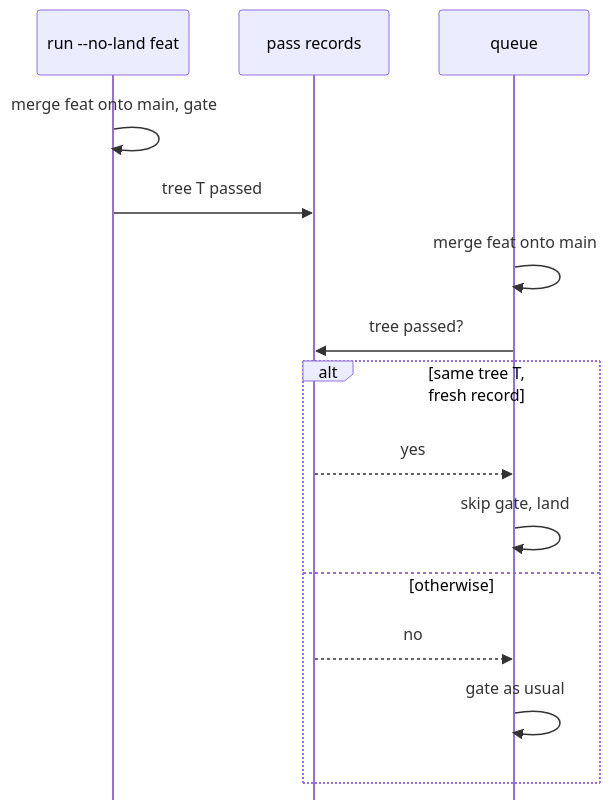
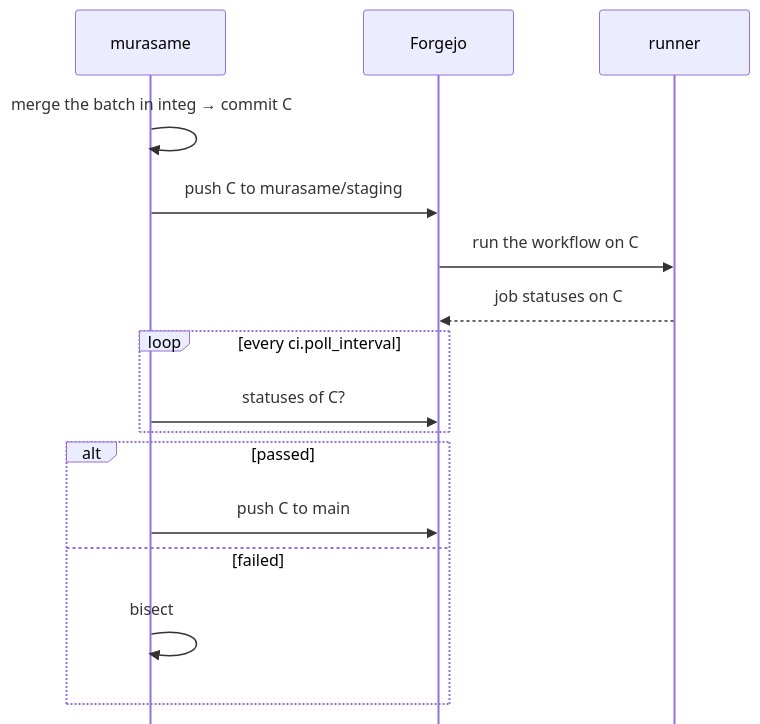
The diagram in docs/gates.md (paper-19/murasame), drawn with Mermaid before and after one commit. The commit also changed other lines of this file and 65 other files, not shown here.

````diff
--- a/docs/gates.md
+++ b/docs/gates.md
@@ -142,18 +17,19 @@
 ```mermaid
 %%{init: {"sequence": {"mirrorActors": false}}}%%
 sequenceDiagram
-  participant N as run --no-land feat
-  participant R as pass records
-  participant Q as queue
-  N->>N: merge feat onto main, gate
-  N->>R: tree T passed
-  Q->>Q: merge feat onto main
-  Q->>R: tree passed?
-  alt same tree T, fresh record
-    R-->>Q: yes
-    Q->>Q: skip gate, land
-  else otherwise
-    R-->>Q: no
-    Q->>Q: gate as usual
+  participant M as murasame
+  participant F as Forgejo
+  participant R as runner
+  M->>M: merge the batch in integ → commit C
+  M->>F: push C to murasame/staging
+  F->>R: run the workflow on C
+  R-->>F: job statuses on C
+  loop every ci.poll_interval
+    M->>F: statuses of C?
+  end
+  alt passed
+    M->>F: push C to main
+  else failed
+    M->>M: bisect
   end
 ```
````
